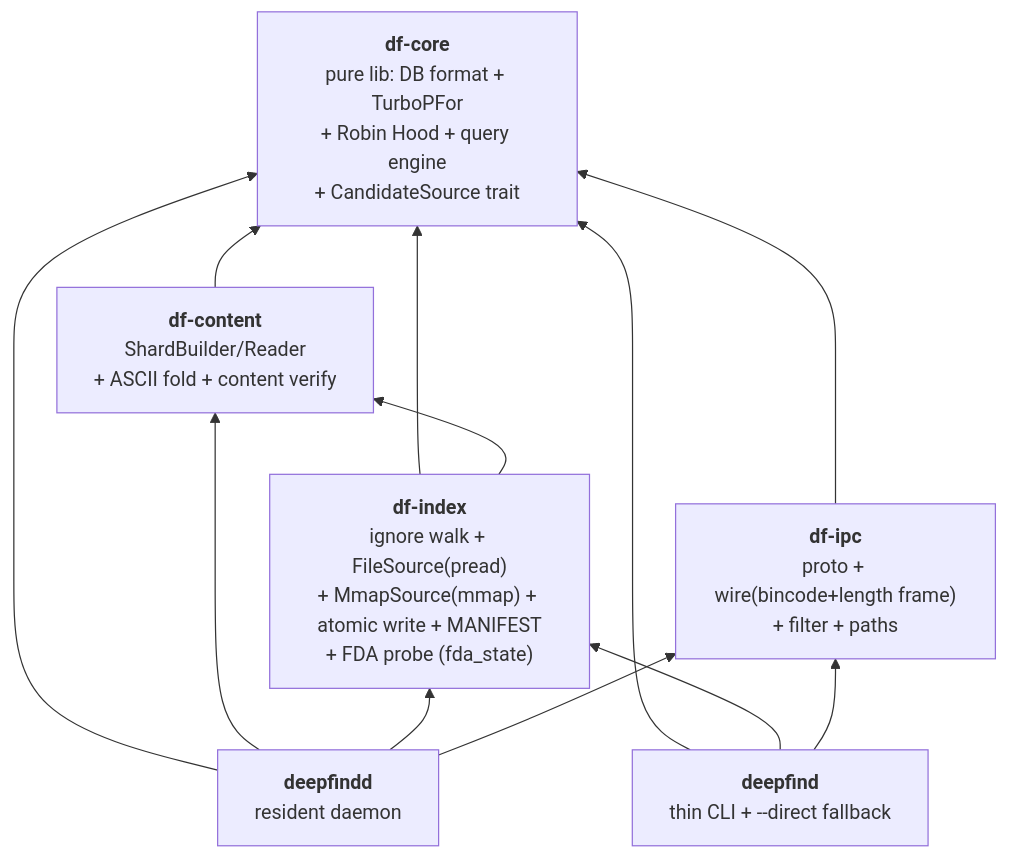
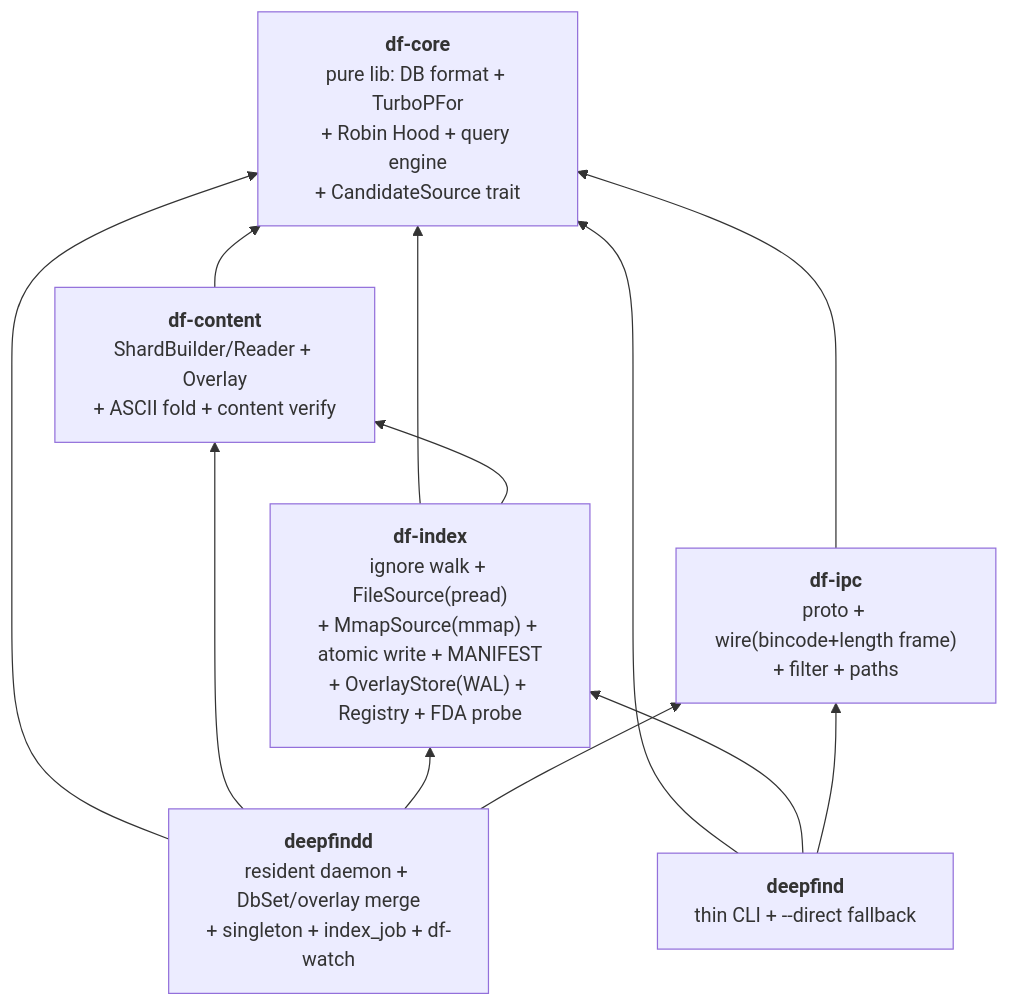
One commit to nadav-cheung/DeepFinder changed the second of 6 diagrams in docs/architecture.md. Above: the diagram before and after it, drawn with Mermaid. The commit also changed other lines of this file and 3 other files, not shown here.

First line of the commit message:
docs: sync architecture/decisions/tech-selection/README to v0.1.6

````diff
--- a/docs/architecture.md
+++ b/docs/architecture.md
@@ -57,21 +65,21 @@
 ```mermaid
 flowchart BT
     core["<b>df-core</b><br/>pure lib: DB format + TurboPFor<br/>+ Robin Hood + query engine<br/>+ CandidateSource trait"]
-    content["<b>df-content</b><br/>ShardBuilder/Reader<br/>+ ASCII fold + content verify"]
-    index["<b>df-index</b><br/>ignore walk + FileSource(pread)<br/>+ MmapSource(mmap) + atomic write + MANIFEST<br/>+ FDA probe (fda_state)"]
+    content["<b>df-content</b><br/>ShardBuilder/Reader + Overlay<br/>+ ASCII fold + content verify"]
+    index["<b>df-index</b><br/>ignore walk + FileSource(pread)<br/>+ MmapSource(mmap) + atomic write + MANIFEST<br/>+ OverlayStore(WAL) + Registry + FDA probe"]
     ipc["<b>df-ipc</b><br/>proto + wire(bincode+length frame)<br/>+ filter + paths"]
-    daemon["<b>deepfindd</b><br/>resident daemon"]
+    daemon["<b>deepfindd</b><br/>resident daemon + DbSet/overlay merge<br/>+ singleton + index_job + df-watch"]
     cli["<b>deepfind</b><br/>thin CLI + --direct fallback"]
 
     content --> core
     index --> core
     index --> content
     ipc --> core
     daemon --> core
     daemon --> content
     daemon --> index
     daemon --> ipc
     cli --> core
     cli --> index
     cli --> ipc
 ```
````
